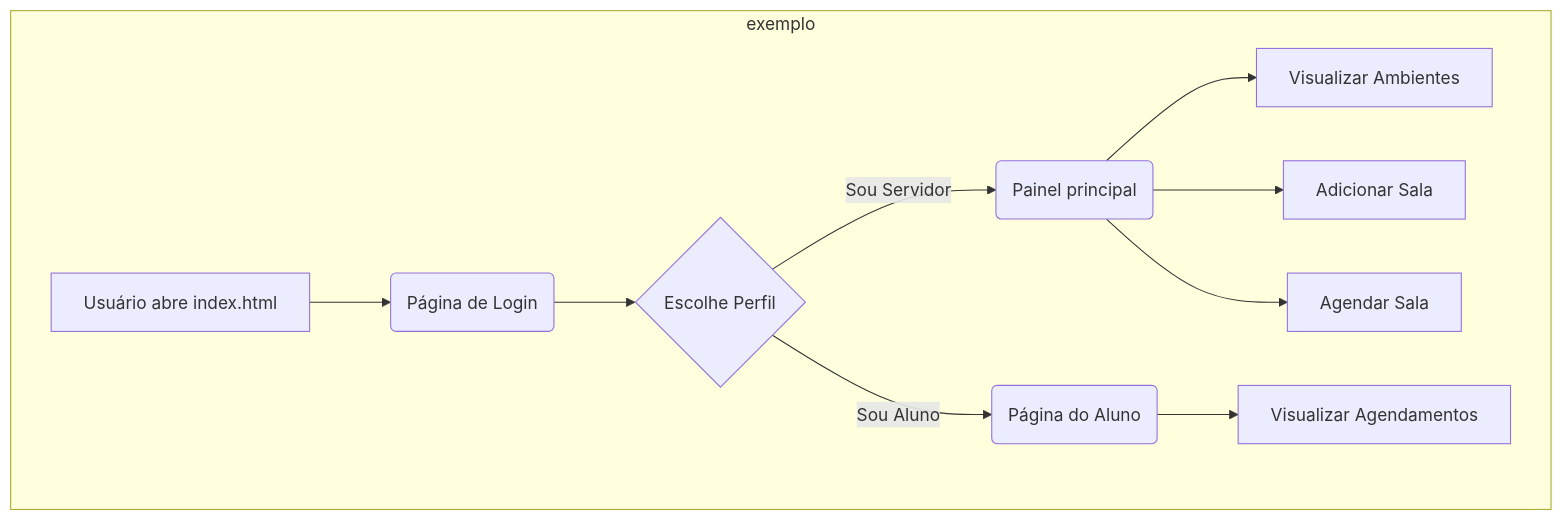
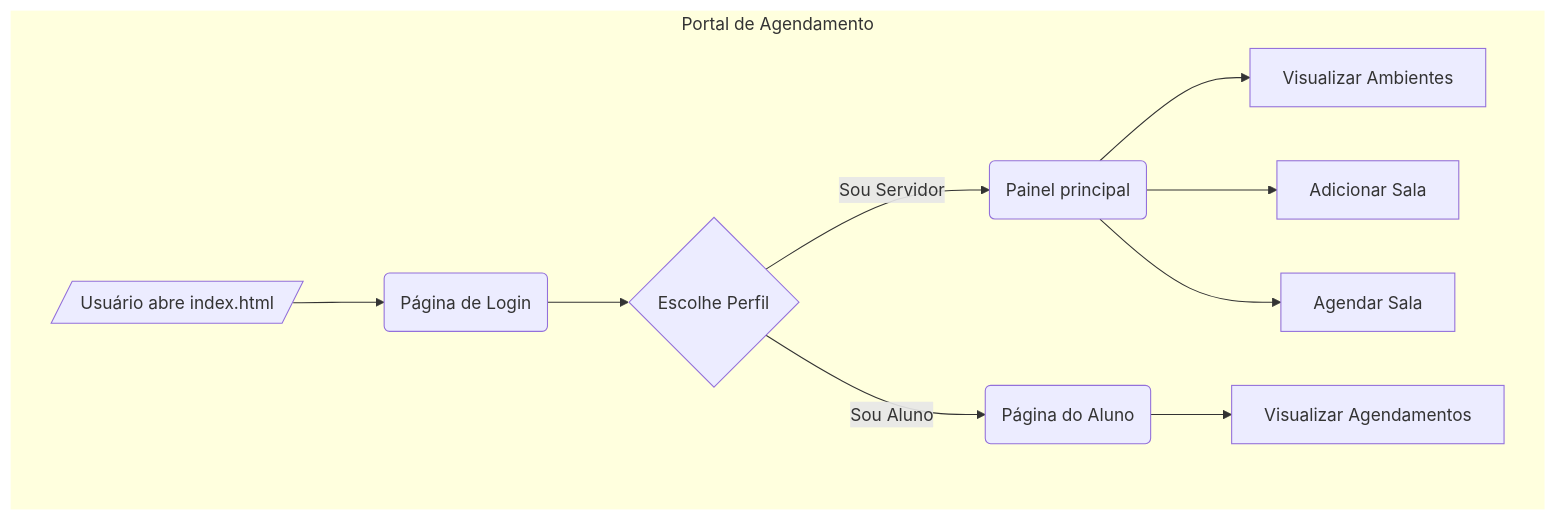
Before and after one commit to ericdalaporta/sistema-gerenciamento-salas: the diagram in README.md, drawn with Mermaid.

````diff
--- a/README.md
+++ b/README.md
@@ -62,13 +62,28 @@
 ```mermaid
+---
+config:
+  theme: mc
+  look: classic
+  layout: dagre
+---
 flowchart TD
-    subgraph exemplo["exemplo"]
-        A["Usuário abre index.html"] --> B("Página de Login")
-        B --> C{Escolhe Perfil}
-        C -- "Sou Servidor" --> D("Painel principal")
-        C -- "Sou Aluno" --> E("Página do Aluno")
-        D --> F[Visualizar Ambientes]
-        D --> G[Adicionar Sala]
-        D --> H[Agendar Sala]
-        E --> I[Visualizar Agendamentos]
-    end
+ subgraph exemplo["Portal de Agendamento"]
+        B("Página de Login")
+        A[/"Usuário abre index.html"/]
+        C{"Escolhe Perfil"}
+        D("Painel principal")
+        E("Página do Aluno")
+        F["Visualizar Ambientes"]
+        G["Adicionar Sala"]
+        H["Agendar Sala"]
+        I["Visualizar Agendamentos"]
+  end
+    A --> B
+    B --> C
+    C -- Sou Servidor --> D
+    C -- Sou Aluno --> E
+    D --> F & G & H
+    E --> I
+    style exemplo stroke:none
+
 ```
````
